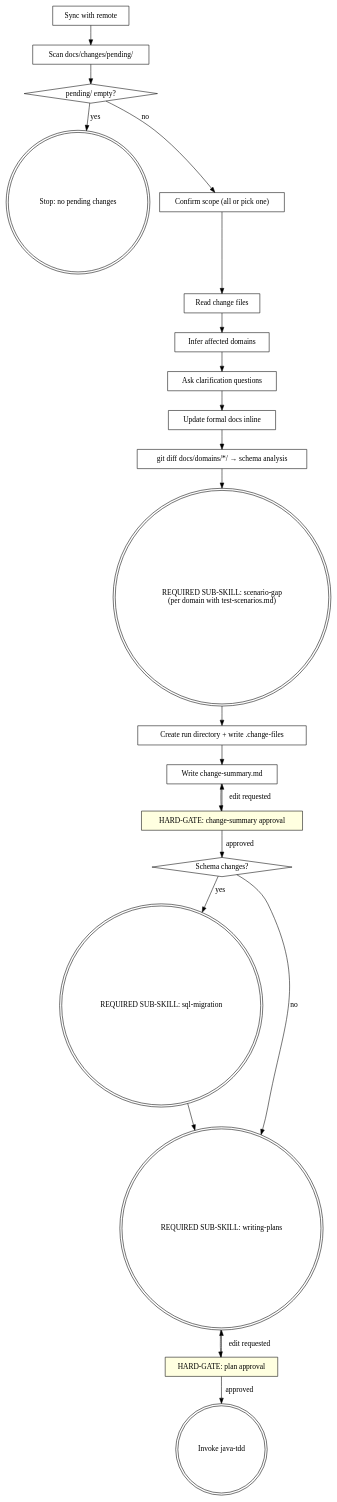
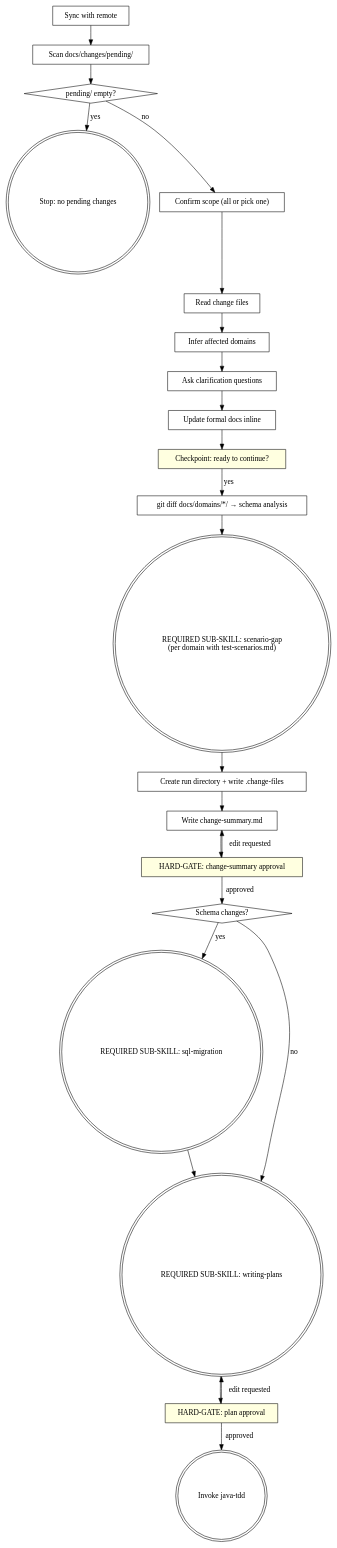
The diagram in skills/spec-delta/SKILL.md (honghaowuu/jkit), drawn with Graphviz before and after one commit. The commit also changed other lines of this file, not shown here.

Commit message:
chore: remove git reset mention from spec-delta — just fix inline if wrong

````diff
--- a/skills/spec-delta/SKILL.md
+++ b/skills/spec-delta/SKILL.md
@@ -29,45 +30,47 @@
 ```dot
 digraph spec_delta {
     "Sync with remote" [shape=box];
     "Scan docs/changes/pending/" [shape=box];
     "pending/ empty?" [shape=diamond];
     "Stop: no pending changes" [shape=doublecircle];
     "Confirm scope (all or pick one)" [shape=box];
     "Read change files" [shape=box];
     "Infer affected domains" [shape=box];
     "Ask clarification questions" [shape=box];
     "Update formal docs inline" [shape=box];
+    "Checkpoint: ready to continue?" [shape=box style=filled fillcolor=lightyellow];
     "git diff docs/domains/*/ → schema analysis" [shape=box];
     "REQUIRED SUB-SKILL: scenario-gap\n(per domain with test-scenarios.md)" [shape=doublecircle];
     "Create run directory + write .change-files" [shape=box];
     "Write change-summary.md" [shape=box];
     "HARD-GATE: change-summary approval" [shape=box style=filled fillcolor=lightyellow];
     "Schema changes?" [shape=diamond];
     "REQUIRED SUB-SKILL: sql-migration" [shape=doublecircle];
     "REQUIRED SUB-SKILL: writing-plans" [shape=doublecircle];
     "HARD-GATE: plan approval" [shape=box style=filled fillcolor=lightyellow];
     "Invoke java-tdd" [shape=doublecircle];
 
     "Sync with remote" -> "Scan docs/changes/pending/";
     "Scan docs/changes/pending/" -> "pending/ empty?";
     "pending/ empty?" -> "Stop: no pending changes" [label="yes"];
     "pending/ empty?" -> "Confirm scope (all or pick one)" [label="no"];
     "Confirm scope (all or pick one)" -> "Read change files";
     "Read change files" -> "Infer affected domains";
     "Infer affected domains" -> "Ask clarification questions";
     "Ask clarification questions" -> "Update formal docs inline";
-    "Update formal docs inline" -> "git diff docs/domains/*/ → schema analysis";
+    "Update formal docs inline" -> "Checkpoint: ready to continue?";
+    "Checkpoint: ready to continue?" -> "git diff docs/domains/*/ → schema analysis" [label="yes"];
     "git diff docs/domains/*/ → schema analysis" -> "REQUIRED SUB-SKILL: scenario-gap\n(per domain with test-scenarios.md)";
     "REQUIRED SUB-SKILL: scenario-gap\n(per domain with test-scenarios.md)" -> "Create run directory + write .change-files";
     "Create run directory + write .change-files" -> "Write change-summary.md";
     "Write change-summary.md" -> "HARD-GATE: change-summary approval";
     "HARD-GATE: change-summary approval" -> "Write change-summary.md" [label="edit requested"];
     "HARD-GATE: change-summary approval" -> "Schema changes?" [label="approved"];
     "Schema changes?" -> "REQUIRED SUB-SKILL: sql-migration" [label="yes"];
     "Schema changes?" -> "REQUIRED SUB-SKILL: writing-plans" [label="no"];
     "REQUIRED SUB-SKILL: sql-migration" -> "REQUIRED SUB-SKILL: writing-plans";
     "REQUIRED SUB-SKILL: writing-plans" -> "HARD-GATE: plan approval";
     "HARD-GATE: plan approval" -> "Invoke java-tdd" [label="approved"];
     "HARD-GATE: plan approval" -> "REQUIRED SUB-SKILL: writing-plans" [label="edit requested"];
 }
 ```
````
